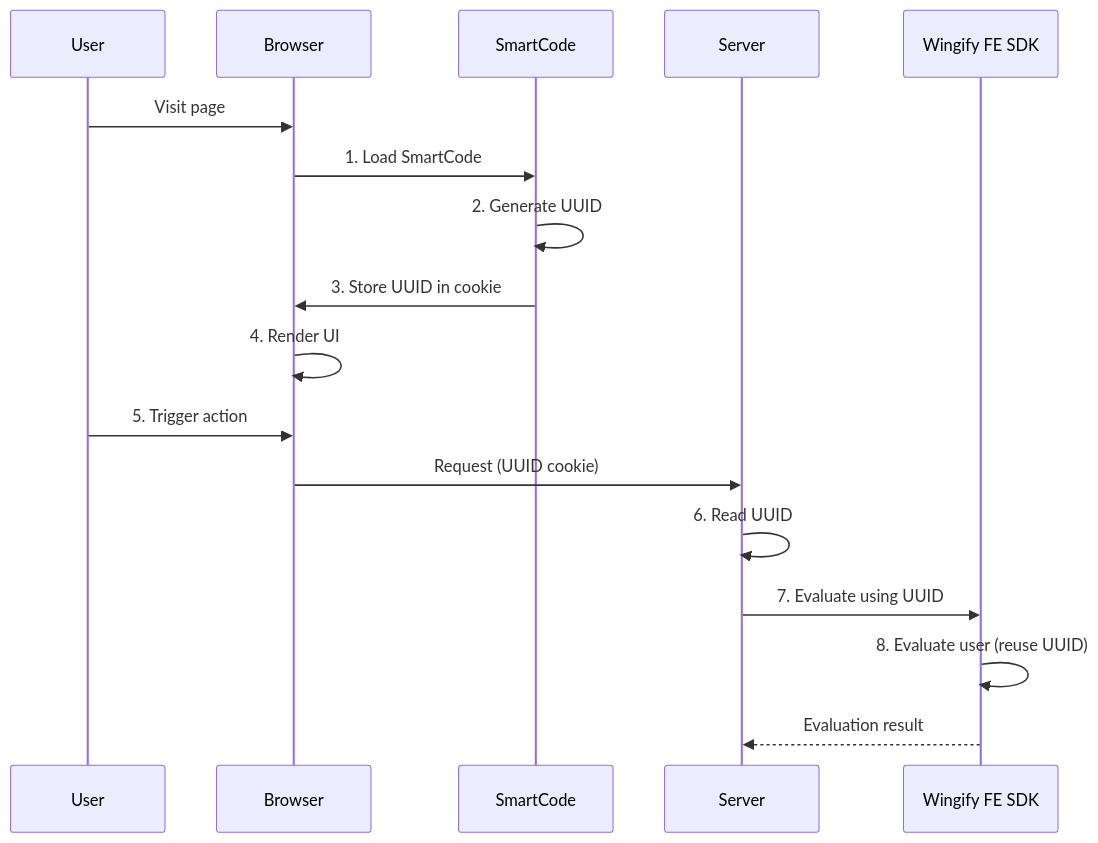
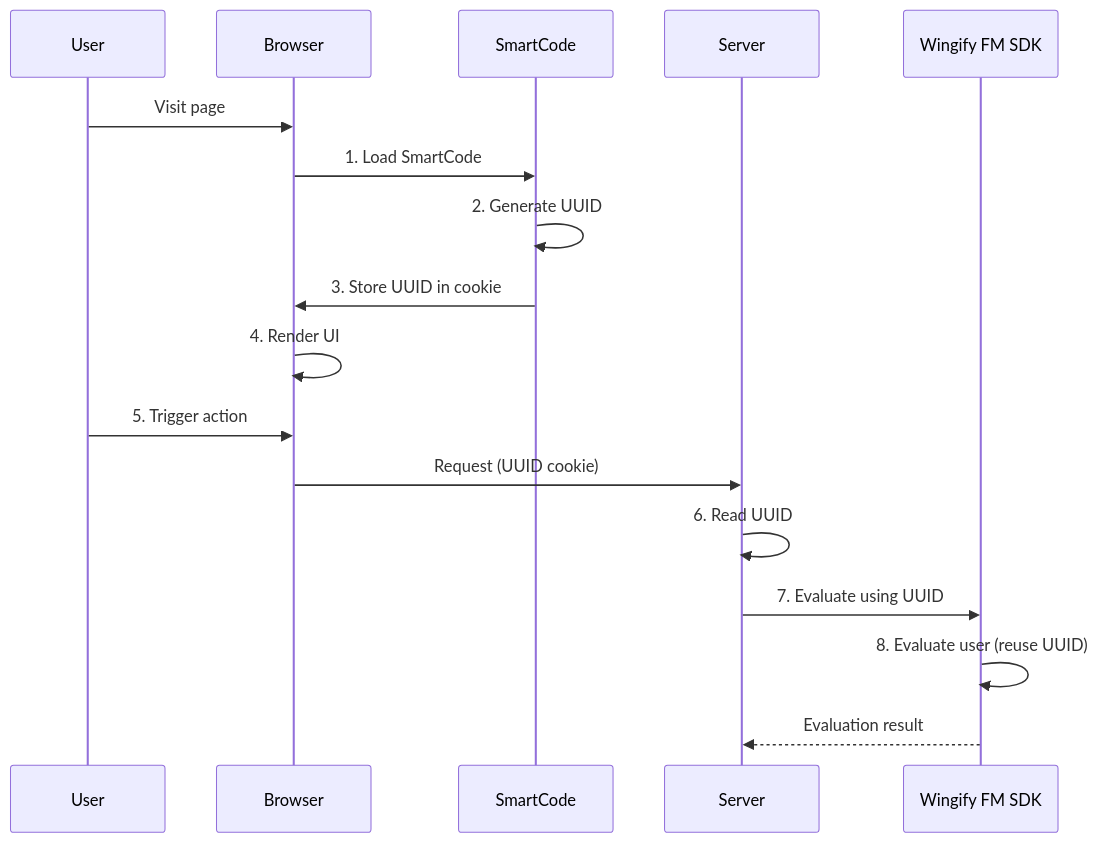
The second of 3 diagrams in docs/Unified Experimentation/fme-unified-experimentation-conversion-tracking.md (wingify/readme-central), drawn with Mermaid before and after one commit. The commit also changed other lines of this file and 192 other files, not shown here.

````diff
--- a/docs/Unified Experimentation/fme-unified-experimentation-conversion-tracking.md
+++ b/docs/Unified Experimentation/fme-unified-experimentation-conversion-tracking.md
@@ -98,22 +98,22 @@
 ```mermaid
 sequenceDiagram
     participant User
     participant Browser
     participant SmartCode
     participant Server
-    participant FE_SDK as Wingify FE SDK
+    participant FM_SDK as Wingify FM SDK
 
     User->>Browser: Visit page
     Browser->>SmartCode: 1. Load SmartCode
     SmartCode->>SmartCode: 2. Generate UUID
     SmartCode->>Browser: 3. Store UUID in cookie
     Browser->>Browser: 4. Render UI
 
     User->>Browser: 5. Trigger action
     Browser->>Server: Request (UUID cookie)
     Server->>Server: 6. Read UUID
-    Server->>FE_SDK: 7. Evaluate using UUID
-    FE_SDK->>FE_SDK: 8. Evaluate user (reuse UUID)
-    FE_SDK-->>Server: Evaluation result
+    Server->>FM_SDK: 7. Evaluate using UUID
+    FM_SDK->>FM_SDK: 8. Evaluate user (reuse UUID)
+    FM_SDK-->>Server: Evaluation result
 
 ```
````
